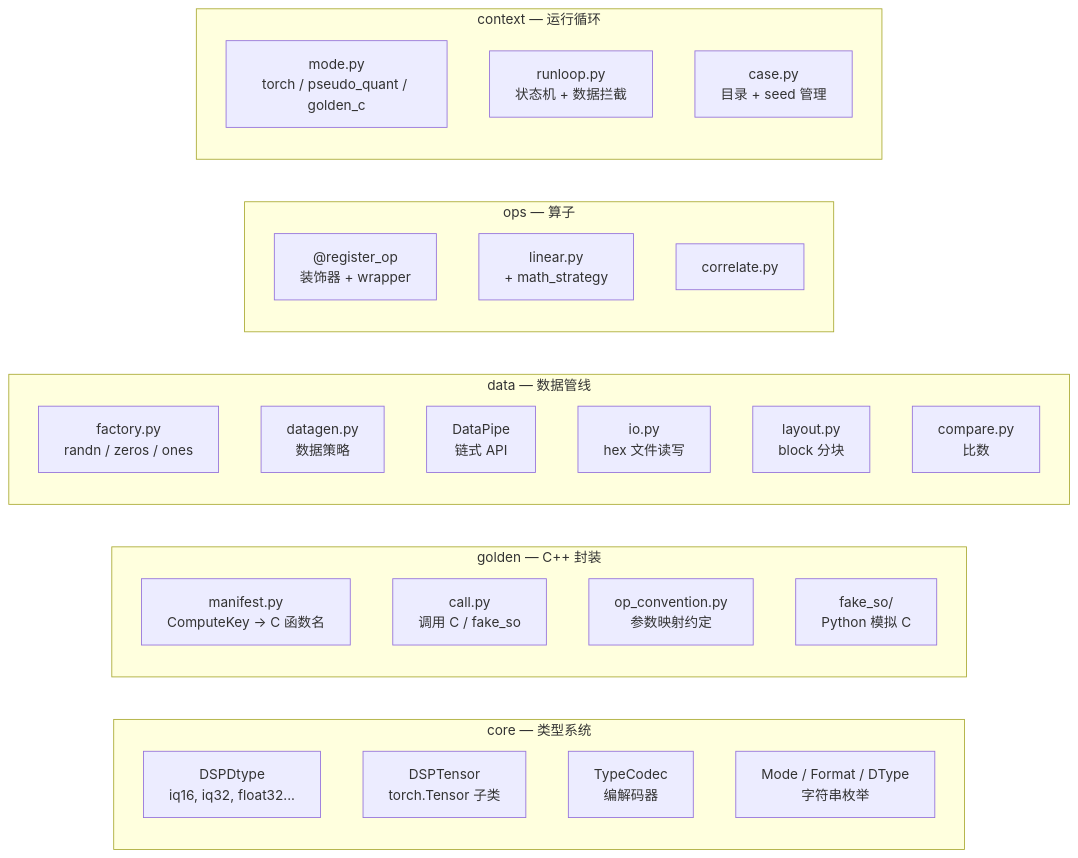
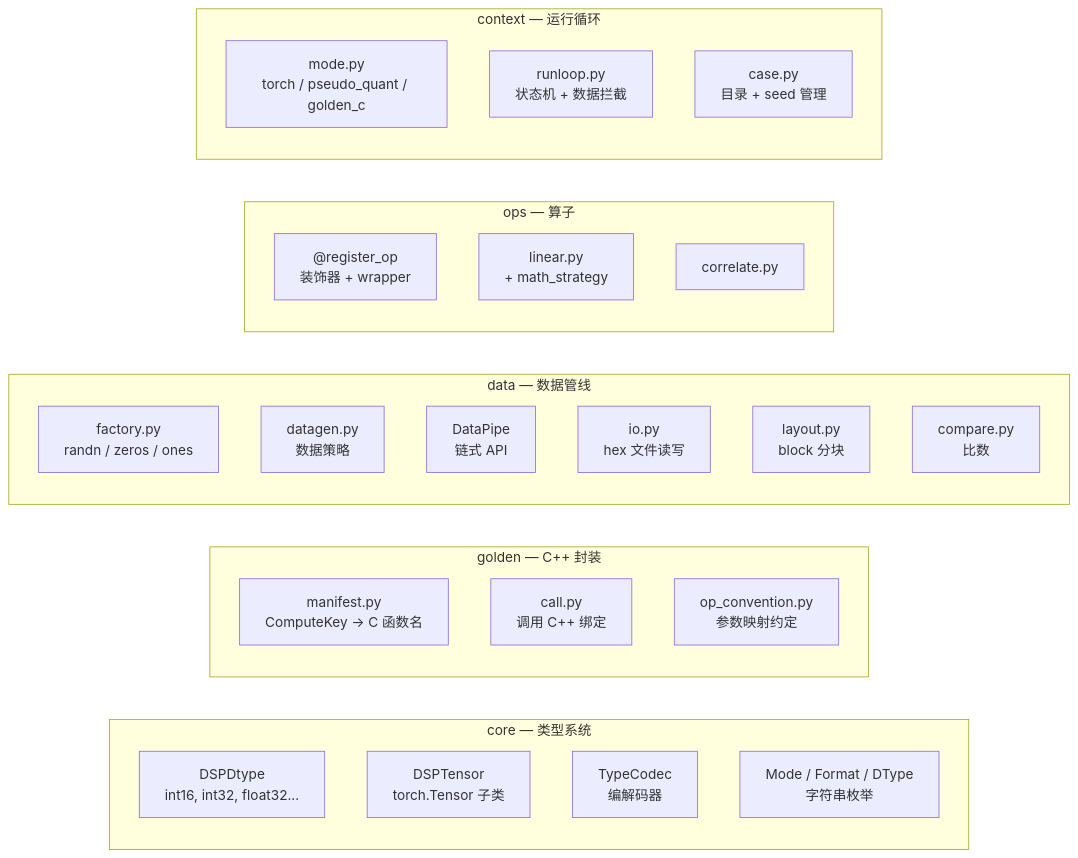
The second of 10 diagrams in projects/dsp-core/docs/architecture.md (xshii/aihelper), drawn with Mermaid before and after one commit. The commit also changed other lines of this file and 43 other files, not shown here.

````diff
--- a/projects/dsp-core/docs/architecture.md
+++ b/projects/dsp-core/docs/architecture.md
@@ -44,37 +44,36 @@
 ```mermaid
 graph LR
     subgraph core ["core — 类型系统"]
-        dtype["DSPDtype<br/>iq16, iq32, float32..."]
+        dtype["DSPDtype<br/>int16, int32, float32..."]
         tensor["DSPTensor<br/>torch.Tensor 子类"]
         codec["TypeCodec<br/>编解码器"]
         enums["Mode / Format / DType<br/>字符串枚举"]
     end
 
     subgraph golden ["golden — C++ 封装"]
         manifest["manifest.py<br/>ComputeKey → C 函数名"]
-        call["call.py<br/>调用 C / fake_so"]
+        call["call.py<br/>调用 C++ 绑定"]
         convention["op_convention.py<br/>参数映射约定"]
-        fakeso["fake_so/<br/>Python 模拟 C"]
     end
 
     subgraph data ["data — 数据管线"]
         factory["factory.py<br/>randn / zeros / ones"]
         datagen["datagen.py<br/>数据策略"]
         pipe["DataPipe<br/>链式 API"]
         io["io.py<br/>hex 文件读写"]
         layout["layout.py<br/>block 分块"]
         compare["compare.py<br/>比数"]
     end
 
     subgraph ops ["ops — 算子"]
         register["@register_op<br/>装饰器 + wrapper"]
         linear["linear.py<br/>+ math_strategy"]
         correlate["correlate.py"]
     end
 
     subgraph context ["context — 运行循环"]
         mode["mode.py<br/>torch / pseudo_quant / golden_c"]
         runloop["runloop.py<br/>状态机 + 数据拦截"]
         case["case.py<br/>目录 + seed 管理"]
     end
 ```
````
